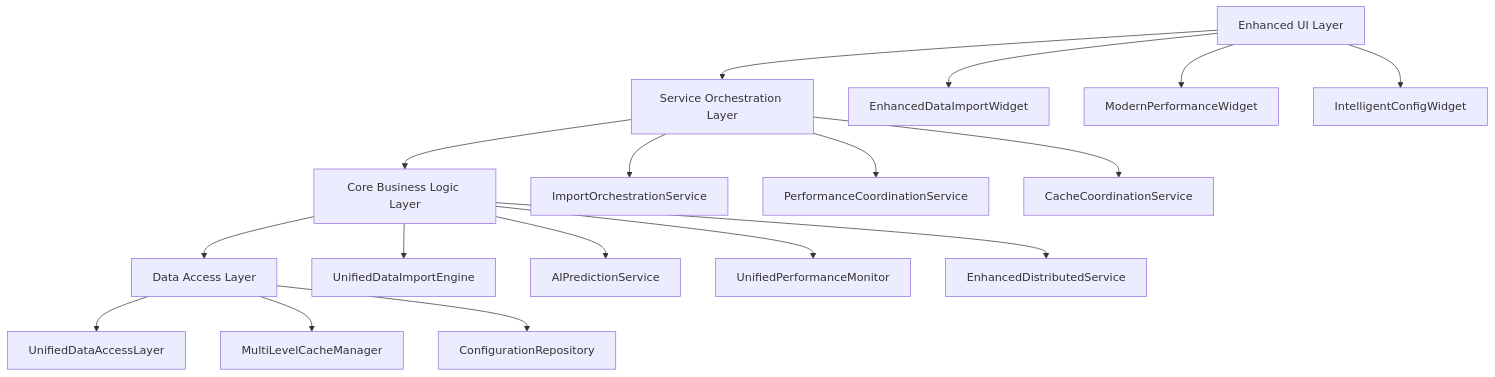
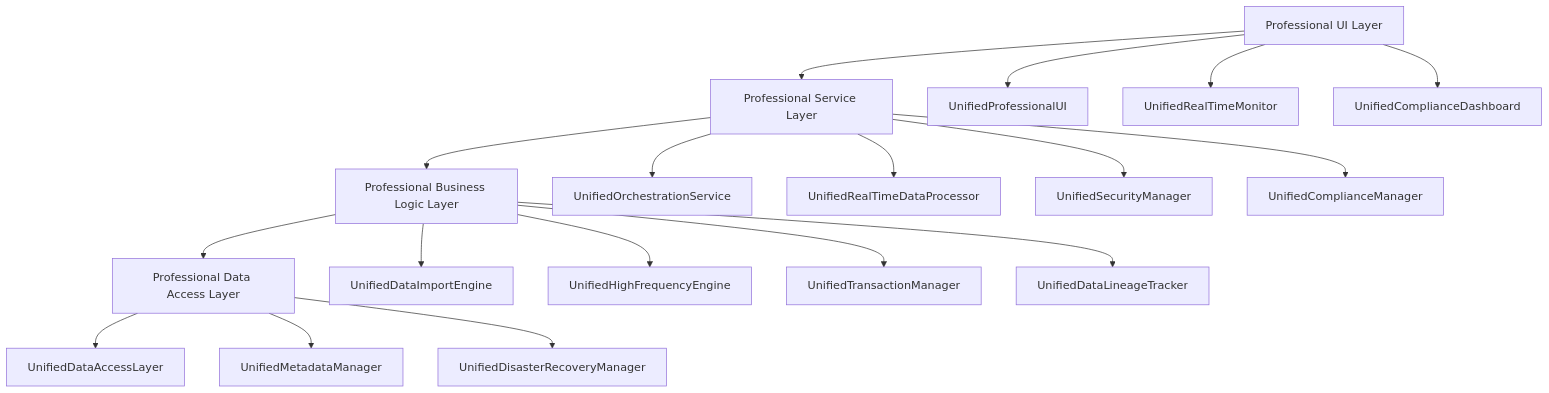
One commit to kzqq092-png/houta changed the diagram in .spec-workflow/specs/duckdb-import-system-optimization/design.md. Above: the diagram before and after it, drawn with Mermaid. The commit also changed other lines of this file and 195 other files, not shown here.

````diff
--- a/.spec-workflow/specs/duckdb-import-system-optimization/design.md
+++ b/.spec-workflow/specs/duckdb-import-system-optimization/design.md
@@ -58,23 +92,24 @@
 ```mermaid
 graph TD
-    A[Enhanced UI Layer] --> B[Service Orchestration Layer]
-    B --> C[Core Business Logic Layer]
-    C --> D[Data Access Layer]
+    A[Professional UI Layer] --> B[Professional Service Layer]
+    B --> C[Professional Business Logic Layer]
+    C --> D[Professional Data Access Layer]
     
-    A --> A1[EnhancedDataImportWidget]
-    A --> A2[ModernPerformanceWidget]
-    A --> A3[IntelligentConfigWidget]
+    A --> A1[UnifiedProfessionalUI]
+    A --> A2[UnifiedRealTimeMonitor]
+    A --> A3[UnifiedComplianceDashboard]
     
-    B --> B1[ImportOrchestrationService]
-    B --> B2[PerformanceCoordinationService]
-    B --> B3[CacheCoordinationService]
+    B --> B1[UnifiedOrchestrationService]
+    B --> B2[UnifiedRealTimeDataProcessor]
+    B --> B3[UnifiedSecurityManager]
+    B --> B4[UnifiedComplianceManager]
     
     C --> C1[UnifiedDataImportEngine]
-    C --> C2[AIPredictionService]
-    C --> C3[UnifiedPerformanceMonitor]
-    C --> C4[EnhancedDistributedService]
+    C --> C2[UnifiedHighFrequencyEngine]
+    C --> C3[UnifiedTransactionManager]
+    C --> C4[UnifiedDataLineageTracker]
     
     D --> D1[UnifiedDataAccessLayer]
-    D --> D2[MultiLevelCacheManager]
-    D --> D3[ConfigurationRepository]
+    D --> D2[UnifiedMetadataManager]
+    D --> D3[UnifiedDisasterRecoveryManager]
 ```
````
